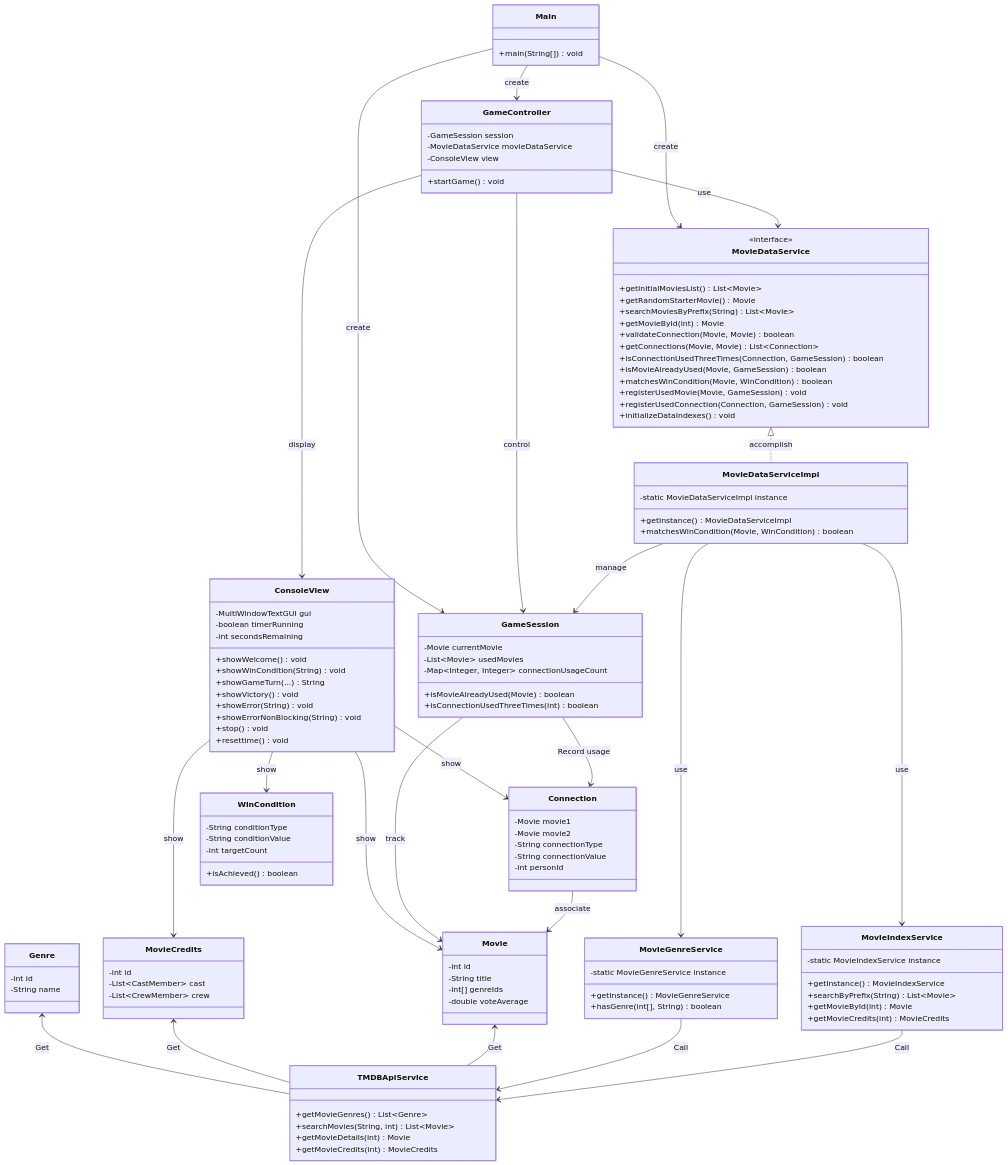
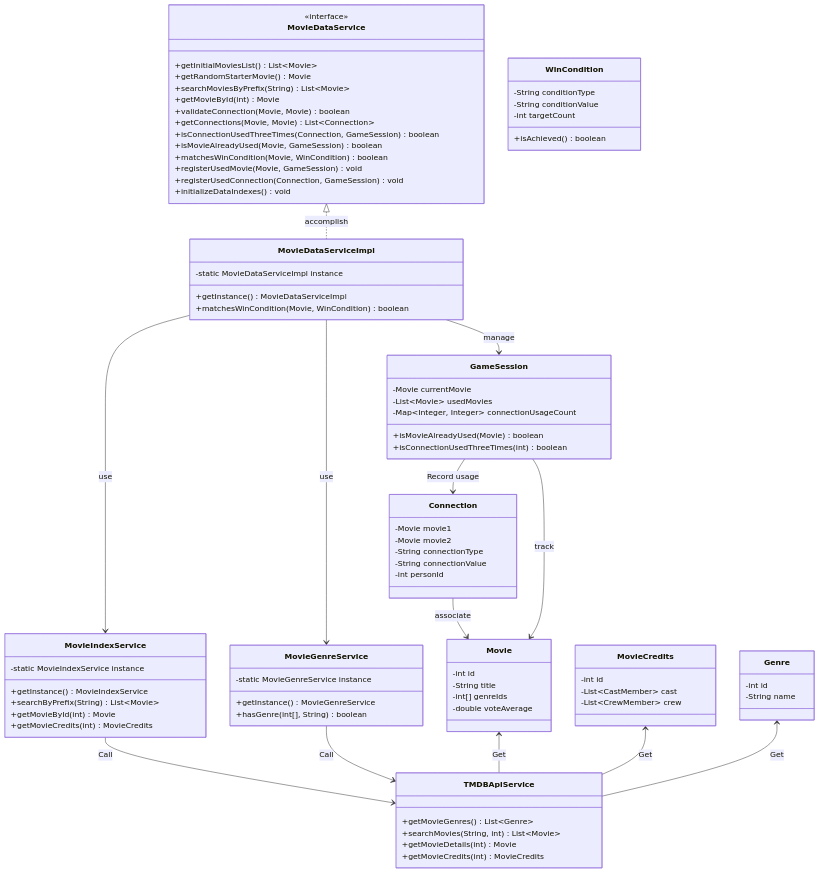
Before and after one commit to cit5940-25sp/cit-5940-final-project-group-4: the diagram in README.md, drawn with Mermaid. The commit also changed other lines of this file and 12 other files, not shown here.

````diff
--- a/README.md
+++ b/README.md
@@ -278,14 +135,14 @@
         +registerUsedConnection(Connection, GameSession) void
         +initializeDataIndexes() void
     }
-
+    
     %% Main service implementation
     class MovieDataServiceImpl {
         -static MovieDataServiceImpl instance
         +getInstance() MovieDataServiceImpl
         +matchesWinCondition(Movie, WinCondition) boolean
     }
-
+    
     class MovieIndexService {
         -static MovieIndexService instance
         +getInstance() MovieIndexService
@@ -293,13 +150,13 @@
         +getMovieById(int) Movie
         +getMovieCredits(int) MovieCredits
     }
-
+    
     class MovieGenreService {
         -static MovieGenreService instance
         +getInstance() MovieGenreService
         +hasGenre(int[], String) boolean
     }
-
+    
     %% TMDB API Service
     class TMDBApiService {
         +getMovieGenres() List~Genre~
@@ -307,7 +164,7 @@
         +getMovieDetails(int) Movie
         +getMovieCredits(int) MovieCredits
     }
-
+    
     %% Main model class
     class Movie {
         -int id
@@ -315,18 +172,18 @@
         -int[] genreIds
         -double voteAverage
     }
-
+    
     class MovieCredits {
         -int id
         -List~CastMember~ cast
         -List~CrewMember~ crew
     }
-
+    
     class Genre {
         -int id
         -String name
     }
-
+    
     %% Game core model
     class GameSession {
         -Movie currentMovie
@@ -335,7 +192,7 @@
         +isMovieAlreadyUsed(Movie) boolean
         +isConnectionUsedThreeTimes(int) boolean
     }
-
+    
     class Connection {
         -Movie movie1
         -Movie movie2
@@ -343,7 +200,7 @@
         -String connectionValue
         -int personId
     }
-
+    
     class WinCondition {
         -String conditionType
         -String conditionValue
@@ -351,61 +208,21 @@
         +isAchieved() boolean
     }
 
-    %% User interface view
-    class ConsoleView {
-        -MultiWindowTextGUI gui
-        -boolean timerRunning
-        -int secondsRemaining
-        +showWelcome() void
-        +showWinCondition(String) void
-        +showGameTurn(...) String
-        +showVictory() void
-        +showError(String) void
-        +showErrorNonBlocking(String) void
-        +stop() void
-        +resettime() void
-    }
-
-    %% Game controller
-    class GameController {
-        -GameSession session
-        -MovieDataService movieDataService
-        -ConsoleView view
-        +startGame() void
-    }
-
-    %% Main entry point
-    class Main {
-        +main(String[]) void
-    }
-
     %% Core Relationships
     MovieDataService <|.. MovieDataServiceImpl : accomplish
+    
     MovieDataServiceImpl --> MovieIndexService : use
     MovieDataServiceImpl --> MovieGenreService : use
     MovieDataServiceImpl --> GameSession : manage
-
+    
     MovieIndexService --> TMDBApiService : Call
     MovieGenreService --> TMDBApiService : Call
-
+    
     Movie <-- TMDBApiService : Get
     MovieCredits <-- TMDBApiService : Get
     Genre <-- TMDBApiService : Get
-
+    
     Connection --> Movie : associate
     GameSession --> Movie : track
     GameSession --> Connection : Record usage
-
-    %% New associations
-    GameController --> GameSession : control
-    GameController --> MovieDataService : use
-    GameController --> ConsoleView : display
-    ConsoleView --> Movie : show
-    ConsoleView --> MovieCredits : show
-    ConsoleView --> WinCondition : show
-    ConsoleView --> Connection : show
-
-    Main --> MovieDataService : create
-    Main --> GameSession : create
-    Main --> GameController : create
 ``` 
````
